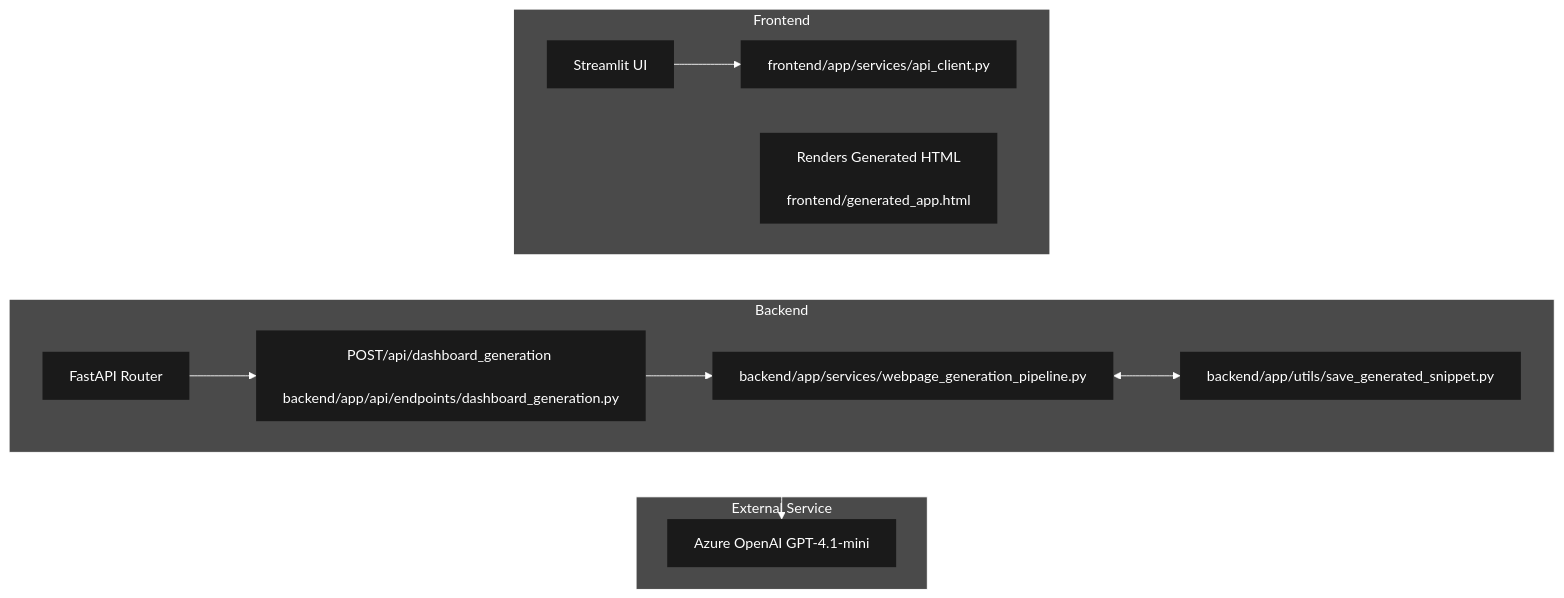
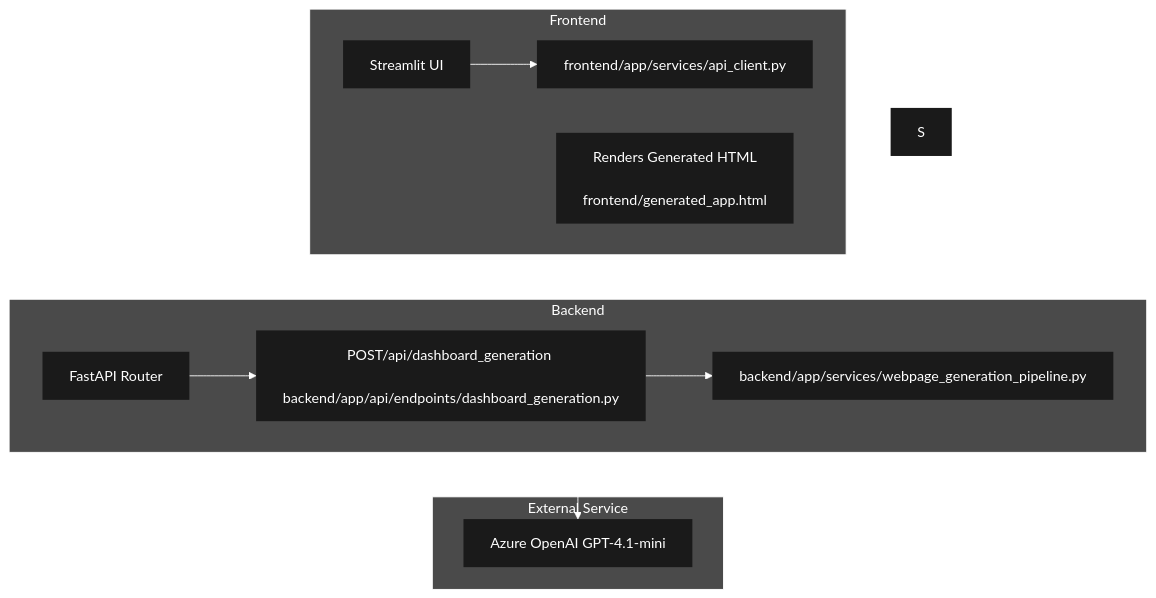
The diagram in README.md (Dawar-Imam/Custom-Dashboard-Generator), drawn with Mermaid before and after one commit.

````diff
--- a/README.md
+++ b/README.md
@@ -181,53 +181,52 @@
 ```mermaid
 graph TB
     %% Client / Backend Layer
     subgraph Backend
         direction LR
         R["FastAPI Router"]
         E["POST/api/dashboard_generation 
         backend/app/api/endpoints/dashboard_generation.py "]
         P["backend/app/services/webpage_generation_pipeline.py"]
-        S["backend/app/utils/save_generated_snippet.py"]
         R --> E --> P
     end
  
     %% Frontend Layer
     subgraph Frontend
         direction LR
         F["Streamlit UI"]
         C["frontend/app/services/api_client.py"]
         Resp["Renders Generated HTML
         frontend/generated_app.html"]
         F --> C
     end
 
     %% External Service Layer
     subgraph LTitle["External Service"]
         LLM["Azure OpenAI GPT-4.1-mini"]
     end
 
     C --> R
     P <--> LLM
     P --> Resp
-    P <--> S
+
     
     %% Styling
     %% Titles - light grey
     style Frontend fill:#4a4a4a,stroke:#ffffff,color:#ffffff,stroke-width:1px
     style Backend fill:#4a4a4a,stroke:#ffffff,color:#ffffff,stroke-width:1px
     style LTitle fill:#4a4a4a,stroke:#ffffff,color:#ffffff,stroke-width:1px
 
     %% Inner nodes - dark grey
     style R fill:#1a1a1a,stroke:#ffffff,color:#ffffff,stroke-width:0px
     style E fill:#1a1a1a,stroke:#ffffff,color:#ffffff,stroke-width:0px
     style P fill:#1a1a1a,stroke:#ffffff,color:#ffffff,stroke-width:0px
     style S fill:#1a1a1a,stroke:#ffffff,color:#ffffff,stroke-width:0px
     style F fill:#1a1a1a,stroke:#ffffff,color:#ffffff,stroke-width:0px
     style C fill:#1a1a1a,stroke:#ffffff,color:#ffffff,stroke-width:0px
     style Resp fill:#1a1a1a,stroke:#ffffff,color:#ffffff,stroke-width:0px
     style LLM fill:#1a1a1a,stroke:#ffffff,color:#ffffff,stroke-width:0px
 
     %% Arrows white
     linkStyle default stroke:#ffffff,stroke-width:1px
 
 ```
````
